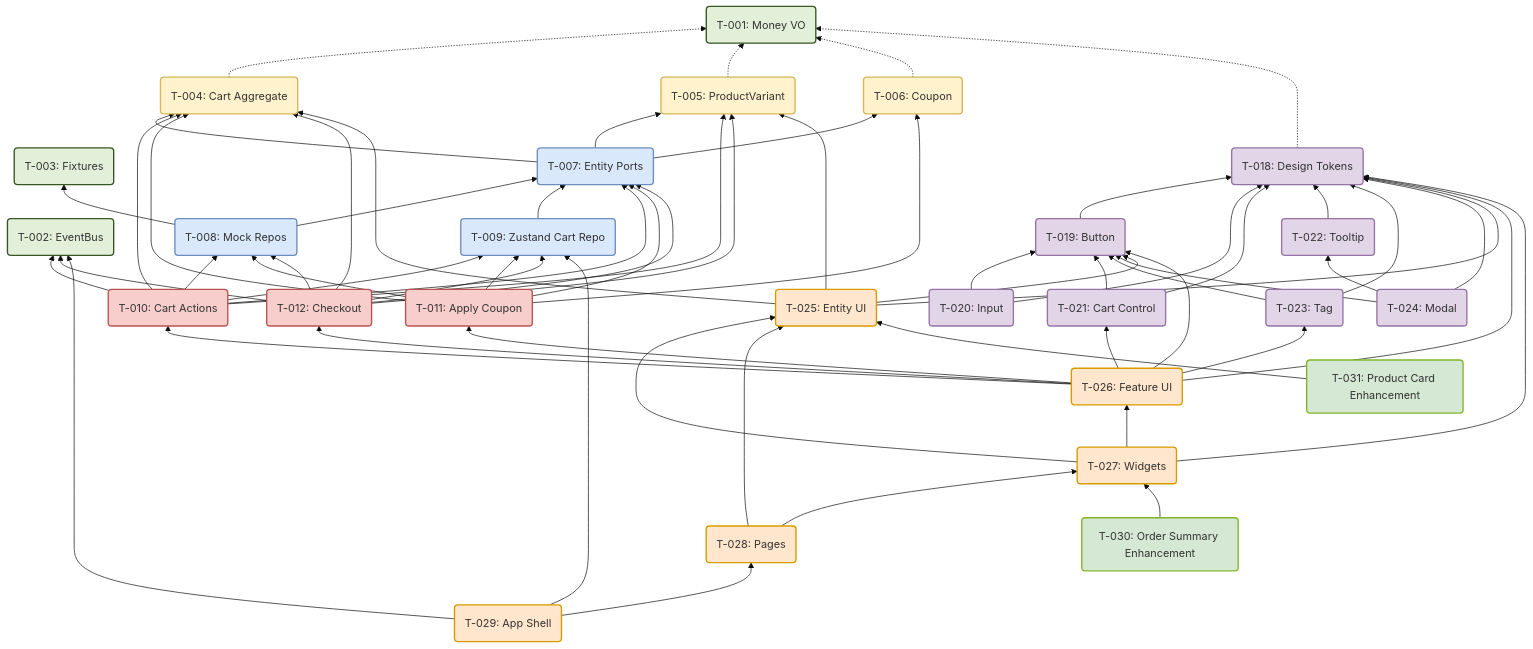
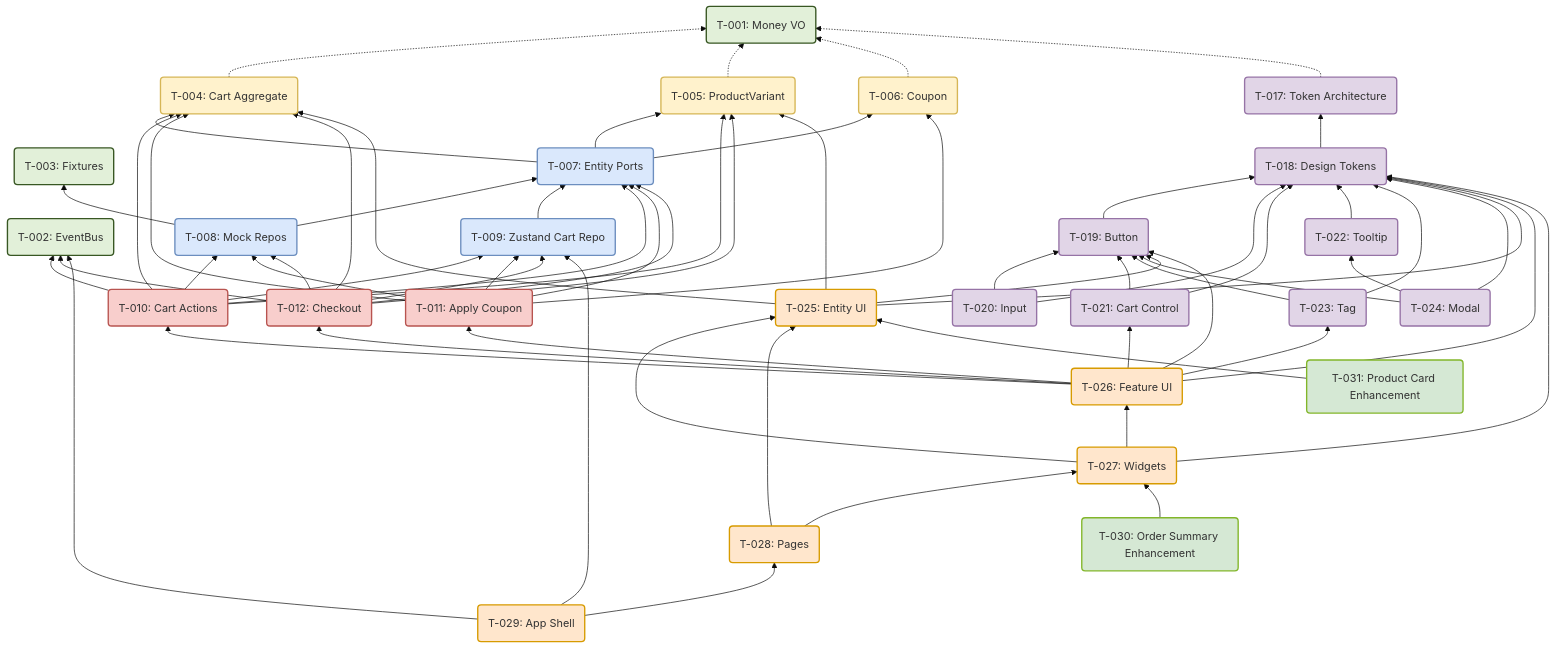
Before and after one commit to PavelPetrovich87/fsd-shopping-cart: the diagram in docs/TICKETS.md, drawn with Mermaid (base theme). The commit also changed other lines of this file, not shown here.

````diff
--- a/docs/TICKETS.md
+++ b/docs/TICKETS.md
@@ -734,74 +790,76 @@
 ```mermaid
 graph BT
     classDef t1 fill:#e2f0d9,stroke:#385723,stroke-width:2px
     classDef t2 fill:#fff2cc,stroke:#d6b656,stroke-width:2px
     classDef t3 fill:#dae8fc,stroke:#6c8ebf,stroke-width:2px
     classDef t4 fill:#f8cecc,stroke:#b85450,stroke-width:2px
     classDef t5 fill:#e1d5e7,stroke:#9673a6,stroke-width:2px
     classDef t6 fill:#ffe6cc,stroke:#d79b00,stroke-width:2px
     classDef t7 fill:#d5e8d4,stroke:#82b62a,stroke-width:2px
 
     T001("T-001: Money VO"):::t1
     T002("T-002: EventBus"):::t1
     T003("T-003: Fixtures"):::t1
 
     T004("T-004: Cart Aggregate"):::t2
     T005("T-005: ProductVariant"):::t2
     T006("T-006: Coupon"):::t2
 
     T007("T-007: Entity Ports"):::t3
     T008("T-008: Mock Repos"):::t3
     T009("T-009: Zustand Cart Repo"):::t3
 
     T010("T-010: Cart Actions"):::t4
     T011("T-011: Apply Coupon"):::t4
     T012("T-012: Checkout"):::t4
 
+    T017("T-017: Token Architecture"):::t5
     T018("T-018: Design Tokens"):::t5
     T019("T-019: Button"):::t5
     T020("T-020: Input"):::t5
     T021("T-021: Cart Control"):::t5
     T022("T-022: Tooltip"):::t5
     T023("T-023: Tag"):::t5
     T024("T-024: Modal"):::t5
 
     T025("T-025: Entity UI"):::t6
     T026("T-026: Feature UI"):::t6
     T027("T-027: Widgets"):::t6
 
     T028("T-028: Pages"):::t6
     T029("T-029: App Shell"):::t6
 
     T030("T-030: Order Summary Enhancement"):::t7
     T031("T-031: Product Card Enhancement"):::t7
 
     T004 -.-> T001
     T005 -.-> T001
     T006 -.-> T001
 
     T007 --> T004 & T005 & T006
     T008 --> T003 & T007
     T009 --> T007
 
     T010 --> T004 & T005 & T007 & T008 & T009 & T002
     T011 --> T004 & T006 & T007 & T008 & T009
     T012 --> T004 & T005 & T007 & T008 & T009 & T002
 
-    T018 -.-> T001
+    T017 -.-> T001
+    T018 --> T017
     T019 --> T018
     T020 --> T018 & T019
     T021 --> T018 & T019
     T022 --> T018
     T023 --> T018 & T019
     T024 --> T018 & T019 & T022
 
     T025 --> T004 & T005 & T018 & T019
     T026 --> T010 & T011 & T012 & T018 & T019 & T021 & T023
     T027 --> T025 & T026 & T018
 
     T028 --> T027 & T025
     T029 --> T028 & T002 & T009
 
     T030 --> T027
     T031 --> T025
 ```
````
